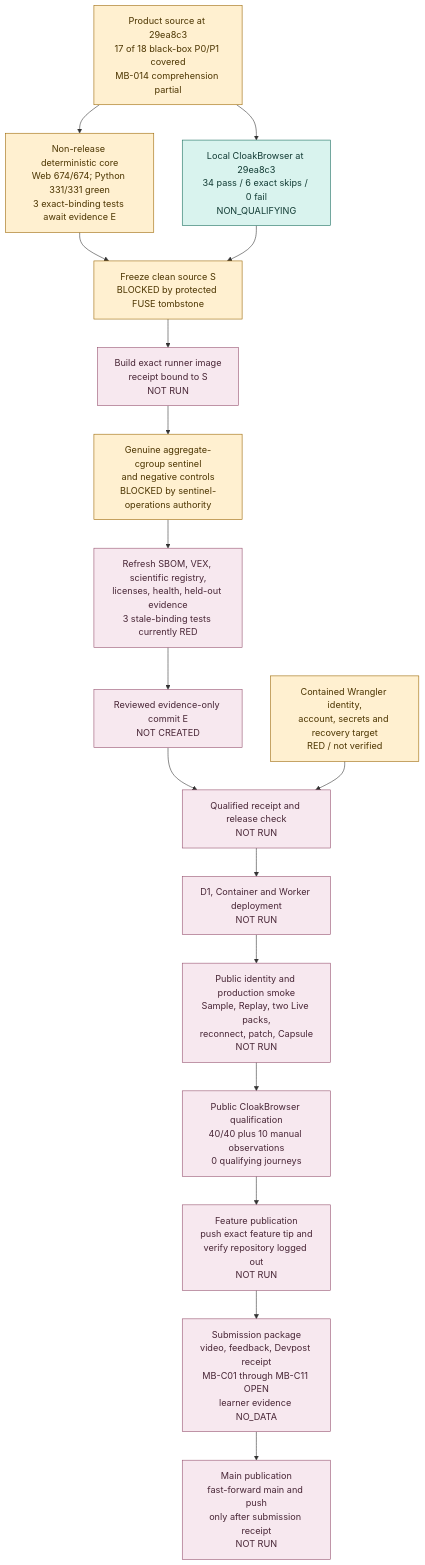
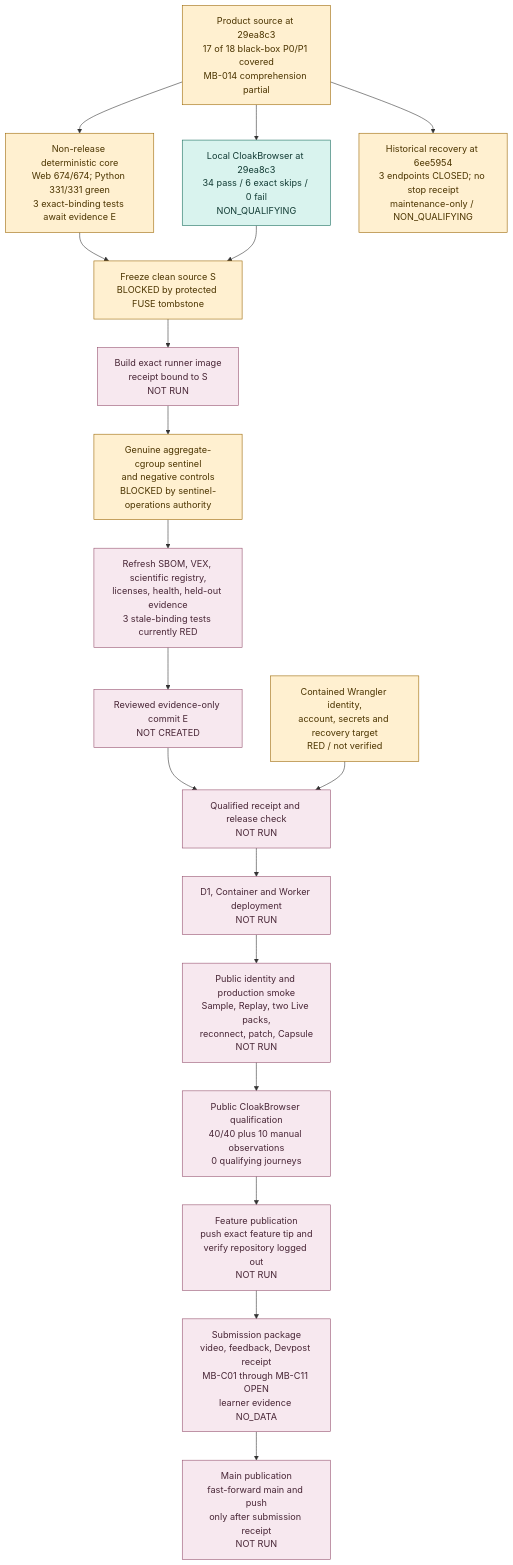
Before and after one commit to ALikesToCode/CounterLab: the first of 5 diagrams in docs/audits/counterlab-first-prize/19_RELEASE_DEPENDENCY_AND_REVIEW_GRAPH.md, drawn with Mermaid. The commit also changed other lines of this file, not shown here.

Commit message:
docs(release): refresh dependency graph

````diff
--- a/docs/audits/counterlab-first-prize/19_RELEASE_DEPENDENCY_AND_REVIEW_GRAPH.md
+++ b/docs/audits/counterlab-first-prize/19_RELEASE_DEPENDENCY_AND_REVIEW_GRAPH.md
@@ -37,34 +39,36 @@
 ```mermaid
 flowchart TD
   P["Product source at 29ea8c3<br/>17 of 18 black-box P0/P1 covered<br/>MB-014 comprehension partial"]
   T["Non-release deterministic core<br/>Web 674/674; Python 331/331 green<br/>3 exact-binding tests await evidence E"]
   B["Local CloakBrowser at 29ea8c3<br/>34 pass / 6 exact skips / 0 fail<br/>NON_QUALIFYING"]
+  R["Historical recovery at 6ee5954<br/>3 endpoints CLOSED; no stop receipt<br/>maintenance-only / NON_QUALIFYING"]
   S["Freeze clean source S<br/>BLOCKED by protected FUSE tombstone"]
   I["Build exact runner image<br/>receipt bound to S<br/>NOT RUN"]
   C["Genuine aggregate-cgroup sentinel<br/>and negative controls<br/>BLOCKED by sentinel-operations authority"]
   E["Refresh SBOM, VEX, scientific registry,<br/>licenses, health, held-out evidence<br/>3 stale-binding tests currently RED"]
   EC["Reviewed evidence-only commit E<br/>NOT CREATED"]
   W["Contained Wrangler identity,<br/>account, secrets and recovery target<br/>RED / not verified"]
   Q["Qualified receipt and release check<br/>NOT RUN"]
   D["D1, Container and Worker deployment<br/>NOT RUN"]
   H["Public identity and production smoke<br/>Sample, Replay, two Live packs,<br/>reconnect, patch, Capsule<br/>NOT RUN"]
   PB["Public CloakBrowser qualification<br/>40/40 plus 10 manual observations<br/>0 qualifying journeys"]
   FP["Feature publication<br/>push exact feature tip and<br/>verify repository logged out<br/>NOT RUN"]
   M["Submission package<br/>video, feedback, Devpost receipt<br/>MB-C01 through MB-C11 OPEN<br/>learner evidence NO_DATA"]
   GM["Main publication<br/>fast-forward main and push<br/>only after submission receipt<br/>NOT RUN"]
 
   P --> T
   P --> B
+  P --> R
   T --> S
   B --> S
   S --> I --> C --> E --> EC --> Q
   W --> Q
   Q --> D --> H --> PB --> FP --> M --> GM
 
   classDef green fill:#d9f3ee,stroke:#176b5b,color:#123b34;
   classDef partial fill:#fff0d0,stroke:#9a6500,color:#4c3500;
   classDef red fill:#f7e8ef,stroke:#95506d,color:#482636;
   class B green;
-  class P,T,S,C,W partial;
+  class P,T,R,S,C,W partial;
   class I,E,EC,Q,D,H,PB,FP,M,GM red;
 ```
````
